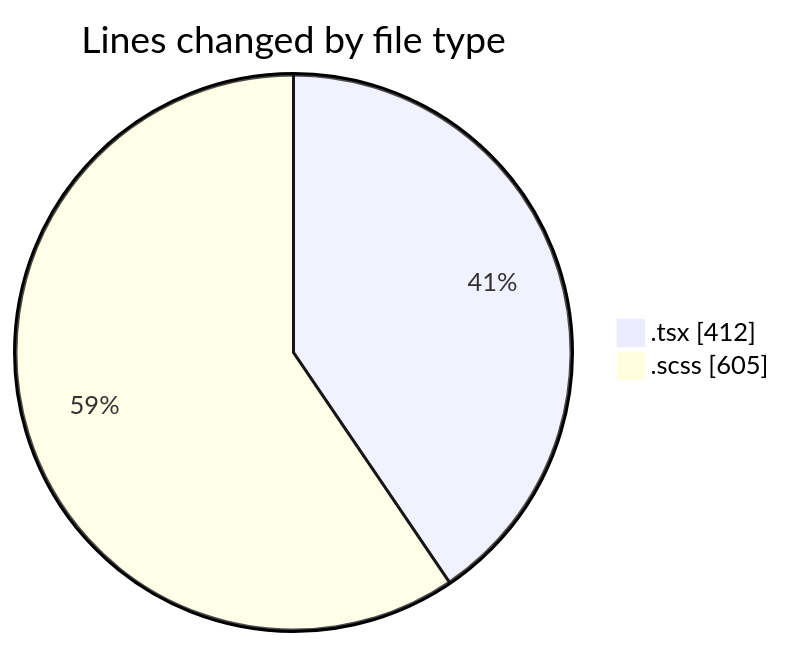
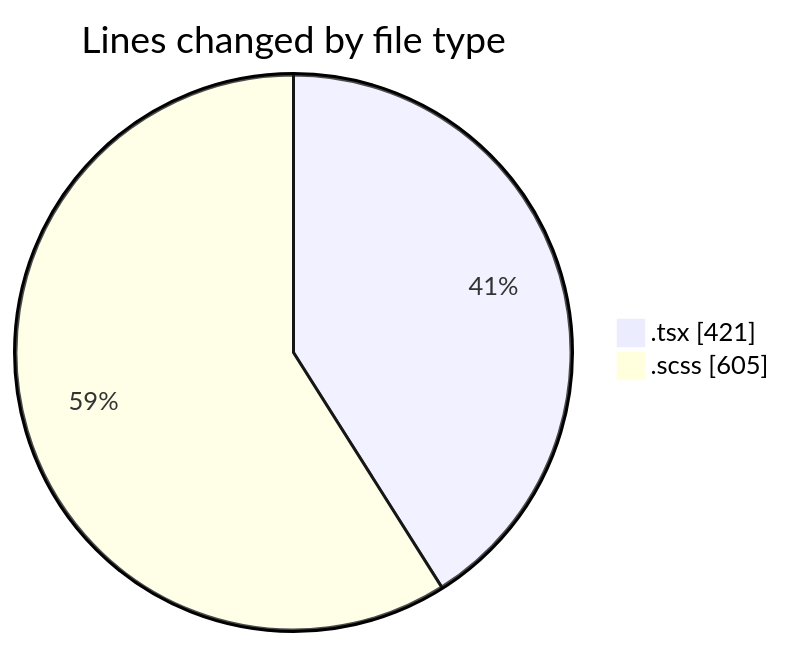
Before and after one commit to momahboobian/code-tracking: the first of 2 diagrams in 2025-03-27/cda/README.md, drawn with Mermaid. The commit also changed other lines of this file and 1 other file, not shown here.

````diff
--- a/2025-03-27/cda/README.md
+++ b/2025-03-27/cda/README.md
@@ -21,6 +21,6 @@
 ```mermaid
 pie showData
 title Lines changed by file type
-".tsx" : 412
+".tsx" : 421
 ".scss" : 605
 ```
````
